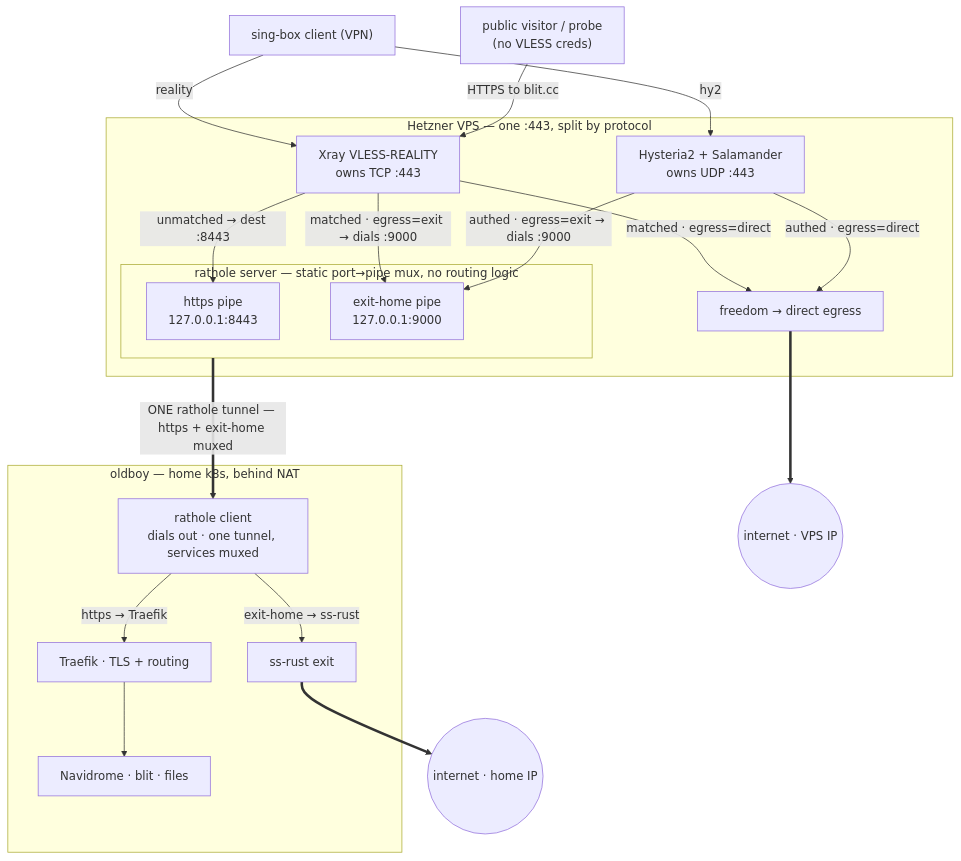
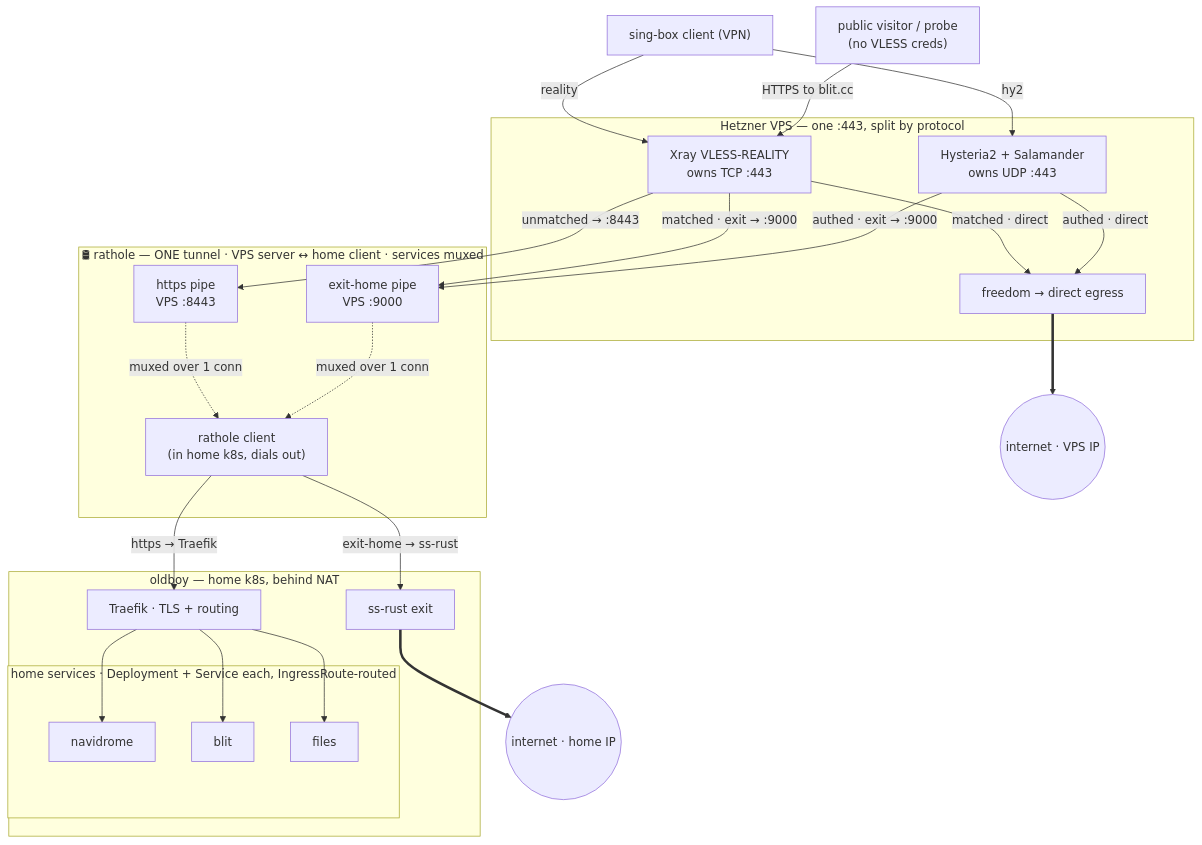
One commit to radiosilence/jaritanet changed the first of 6 diagrams in docs/architecture.md. Above: the diagram before and after it, drawn with Mermaid.

Commit message:
docs(architecture): un-lump home services + make rathole tunnel a spanning conduit
- navidrome/blit/files split into their own boxes (Deployment + Service each,
  IngressRoute-routed) instead of one lumped node
- rathole plane (both VPS-side pipes + the home-side client) pulled into a single
  subgraph straddling the VPS↔home boundary, so the ONE tunnel reads as a conduit
  both flows pass through — touching Xray at one end, Traefik/ss-rust at the other

````diff
--- a/docs/architecture.md
+++ b/docs/architecture.md
@@ -21,40 +21,51 @@
 ```mermaid
 flowchart TD
   CLIENT["sing-box client (VPN)"]
   VISITOR["public visitor / probe<br/>(no VLESS creds)"]
 
   subgraph vps["Hetzner VPS — one :443, split by protocol"]
     XR["Xray VLESS-REALITY<br/>owns TCP :443"]
     HY["Hysteria2 + Salamander<br/>owns UDP :443"]
     FREE["freedom → direct egress"]
-    subgraph RH["rathole server — static port→pipe mux, no routing logic"]
-      HTTPS_P["https pipe<br/>127.0.0.1:8443"]
-      EXIT_P["exit-home pipe<br/>127.0.0.1:9000"]
-    end
+  end
+
+  subgraph rh["🛢 rathole — ONE tunnel · VPS server ↔ home client · services muxed"]
+    HTTPS_P["https pipe<br/>VPS :8443"]
+    EXIT_P["exit-home pipe<br/>VPS :9000"]
+    RC["rathole client<br/>(in home k8s, dials out)"]
+    HTTPS_P -.->|"muxed over 1 conn"| RC
+    EXIT_P -.->|"muxed over 1 conn"| RC
   end
 
   subgraph home["oldboy — home k8s, behind NAT"]
-    RC["rathole client<br/>dials out · one tunnel, services muxed"]
-    TR["Traefik · TLS + routing"] --> SVC["Navidrome · blit · files"]
+    TR["Traefik · TLS + routing"]
+    subgraph apps["home services · Deployment + Service each, IngressRoute-routed"]
+      ND["navidrome"]
+      BL["blit"]
+      FS["files"]
+    end
     SS["ss-rust exit"]
-    RC -->|"https → Traefik"| TR
-    RC -->|"exit-home → ss-rust"| SS
+    TR --> ND
+    TR --> BL
+    TR --> FS
   end
 
   VPSIP(("internet · VPS IP"))
   HOMEIP(("internet · home IP"))
 
   CLIENT -->|reality| XR
   CLIENT -->|hy2| HY
   VISITOR -->|"HTTPS to blit.cc"| XR
 
-  XR -->|"unmatched → dest :8443"| HTTPS_P
-  XR -->|"matched · egress=direct"| FREE
-  XR -->|"matched · egress=exit → dials :9000"| EXIT_P
-  HY -->|"authed · egress=direct"| FREE
-  HY -->|"authed · egress=exit → dials :9000"| EXIT_P
+  XR -->|"unmatched → :8443"| HTTPS_P
+  XR -->|"matched · direct"| FREE
+  XR -->|"matched · exit → :9000"| EXIT_P
+  HY -->|"authed · direct"| FREE
+  HY -->|"authed · exit → :9000"| EXIT_P
 
-  RH ==>|"ONE rathole tunnel — https + exit-home muxed"| RC
+  RC -->|"https → Traefik"| TR
+  RC -->|"exit-home → ss-rust"| SS
+
   FREE ==> VPSIP
   SS ==> HOMEIP
 ```
````
